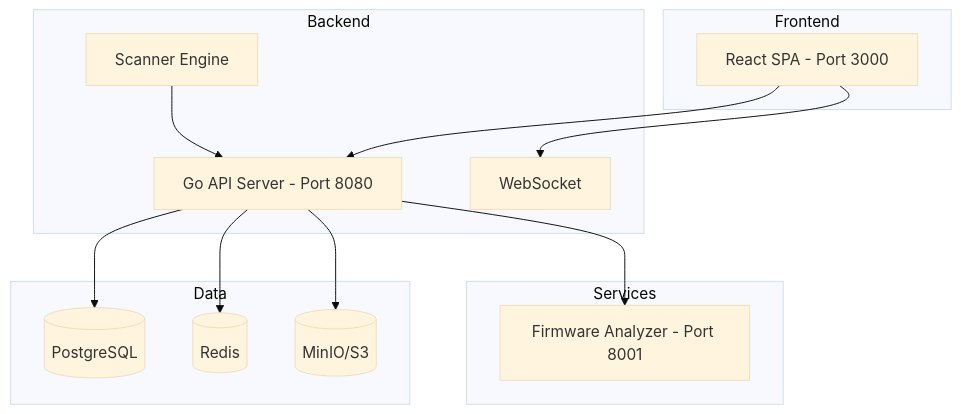
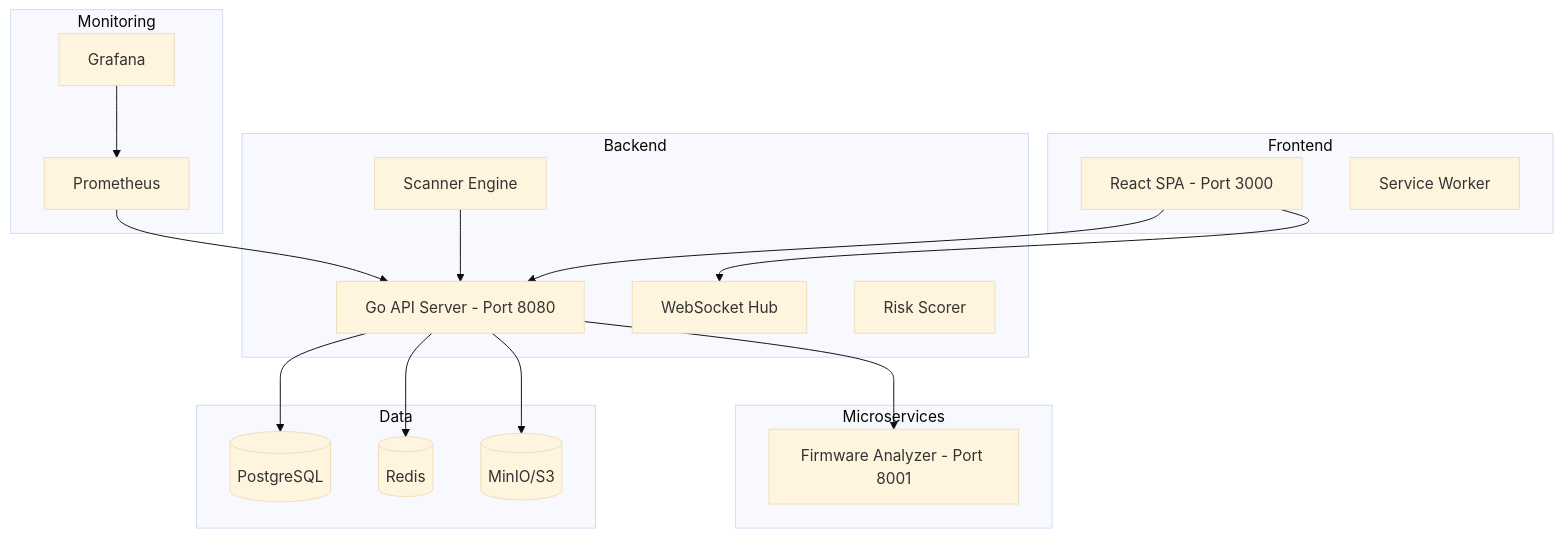
The diagram in README.md (Nciibi/seagles), drawn with Mermaid (base theme) before and after one commit. The commit also changed other lines of this file and 7 other files, not shown here.

````diff
--- a/README.md
+++ b/README.md
@@ -72,26 +97,34 @@
 ```mermaid
 graph TB
     subgraph "Frontend"
         React[React SPA - Port 3000]
+        SW[Service Worker]
     end
     subgraph "Backend"
         API[Go API Server - Port 8080]
-        WS[WebSocket]
+        WS[WebSocket Hub]
         Scanner[Scanner Engine]
+        Risk[Risk Scorer]
     end
-    subgraph "Services"
+    subgraph "Microservices"
         FA[Firmware Analyzer - Port 8001]
     end
     subgraph "Data"
         PG[(PostgreSQL)]
         RD[(Redis)]
         MO[(MinIO/S3)]
     end
+    subgraph "Monitoring"
+        PM[Prometheus]
+        GF[Grafana]
+    end
     React --> API
     React --> WS
     API --> PG
     API --> RD
     API --> MO
     API --> FA
+    PM --> API
+    GF --> PM
     Scanner --> API
 ```
````
